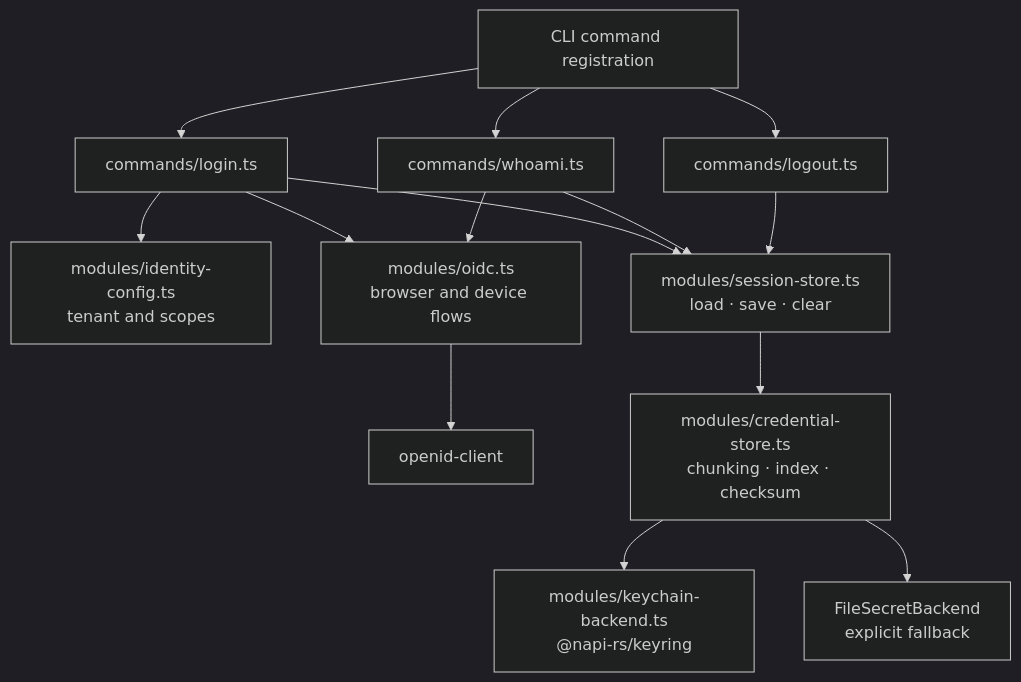
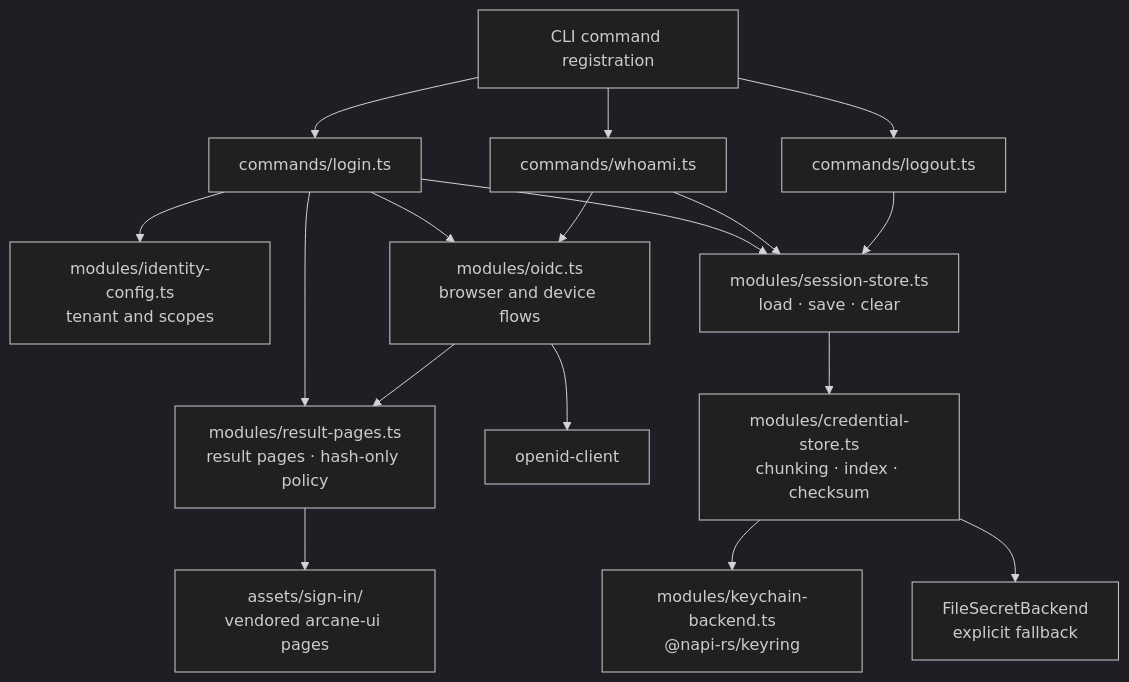
The fourth of 4 diagrams in features/spell-login/architecture.md (codemagicianhq/arcane), drawn with Mermaid (dark theme) before and after one commit. The commit also changed other lines of this file and 2 other files, not shown here.

First line of the commit message:
docs(decisions): draft ARC-055 for the sign-in result pages

````diff
--- a/features/spell-login/architecture.md
+++ b/features/spell-login/architecture.md
@@ -120,16 +128,19 @@
 ```mermaid
 flowchart TB
     Entry["CLI command registration"] --> Login["commands/login.ts"]
     Entry --> Whoami["commands/whoami.ts"]
     Entry --> Logout["commands/logout.ts"]
     Login --> Config["modules/identity-config.ts<br/>tenant and scopes"]
     Login --> OIDC["modules/oidc.ts<br/>browser and device flows"]
+    Login --> Pages["modules/result-pages.ts<br/>result pages · hash-only policy"]
+    Pages --> Assets["assets/sign-in/<br/>vendored arcane-ui pages"]
+    OIDC --> Pages
     Whoami --> OIDC
     Login --> Storage["modules/session-store.ts<br/>load · save · clear"]
     Whoami --> Storage
     Logout --> Storage
     OIDC --> Library["openid-client"]
     Storage --> Chunked["modules/credential-store.ts<br/>chunking · index · checksum"]
     Chunked --> Keyring["modules/keychain-backend.ts<br/>@napi-rs/keyring"]
     Chunked --> File["FileSecretBackend<br/>explicit fallback"]
 ```
````
